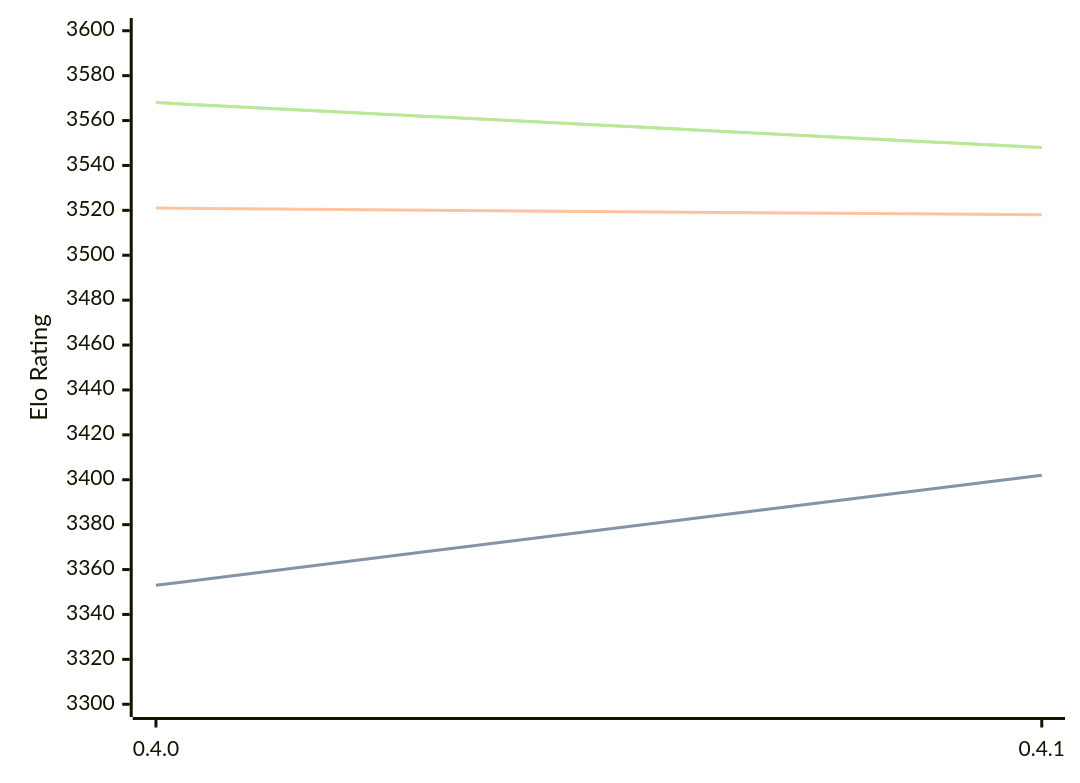
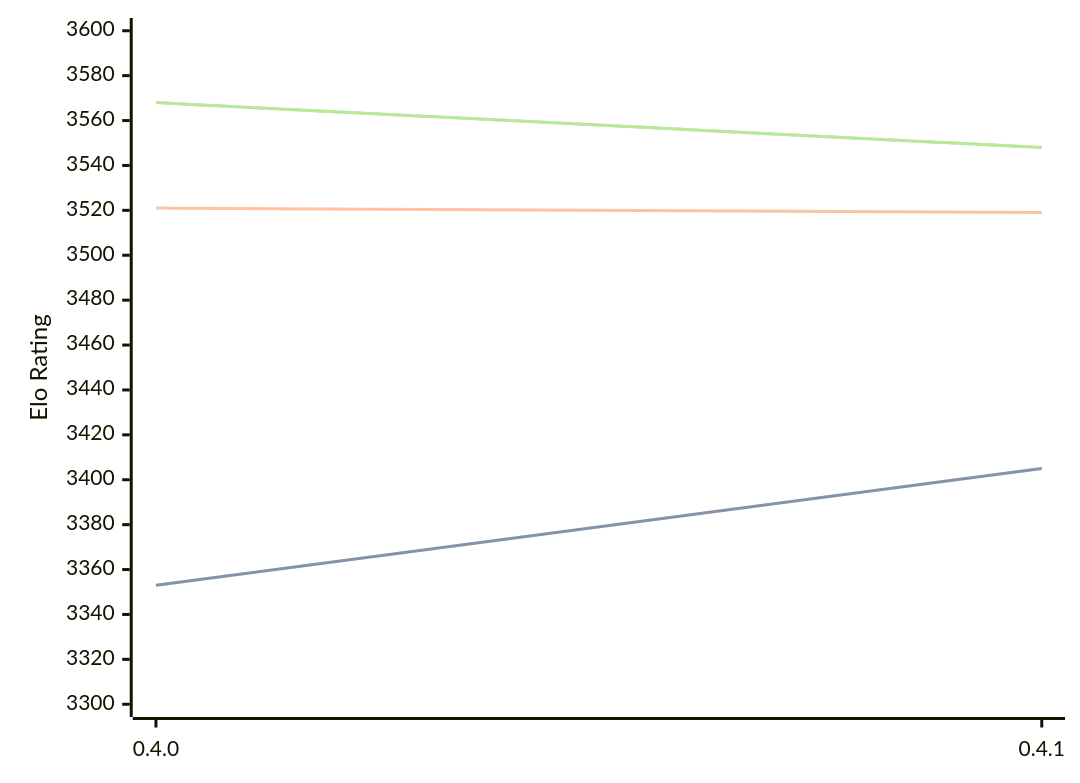
Before and after one commit to computer-chess-index/cci: the diagram in engines/Cinder.md, drawn with Mermaid. The commit also changed other lines of this file, not shown here.

Commit message:
Update CCI Ratings (ELO VLTC) - 2026-03-02

````diff
--- a/engines/Cinder.md
+++ b/engines/Cinder.md
@@ -38,11 +38,11 @@
 ```mermaid
 %%{init: {"theme":"base","themeVariables":{"seriesColors:['#a3a3a3','#222221','#faa371']}}}%%
 xychart-beta
   x-axis ["0.4.0", "0.4.1"]
   y-axis "Elo Rating" 3300 --> 3600
-  line "STC (8.0+0.08s)" [3353, 3402]
-  line "STC (8.0+0.08s)" [3353, 3402]
-  line "LTC (60.0+0.60s)" [3521, 3518]
+  line "STC (8.0+0.08s)" [3353, 3405]
+  line "STC (8.0+0.08s)" [3353, 3405]
+  line "LTC (60.0+0.60s)" [3521, 3519]
   line "VLTC (2m24s+1.12s)" [3568, 3548]
   line "VLTC (2m24s+1.12s)" [3568, 3548]
 ```
````
